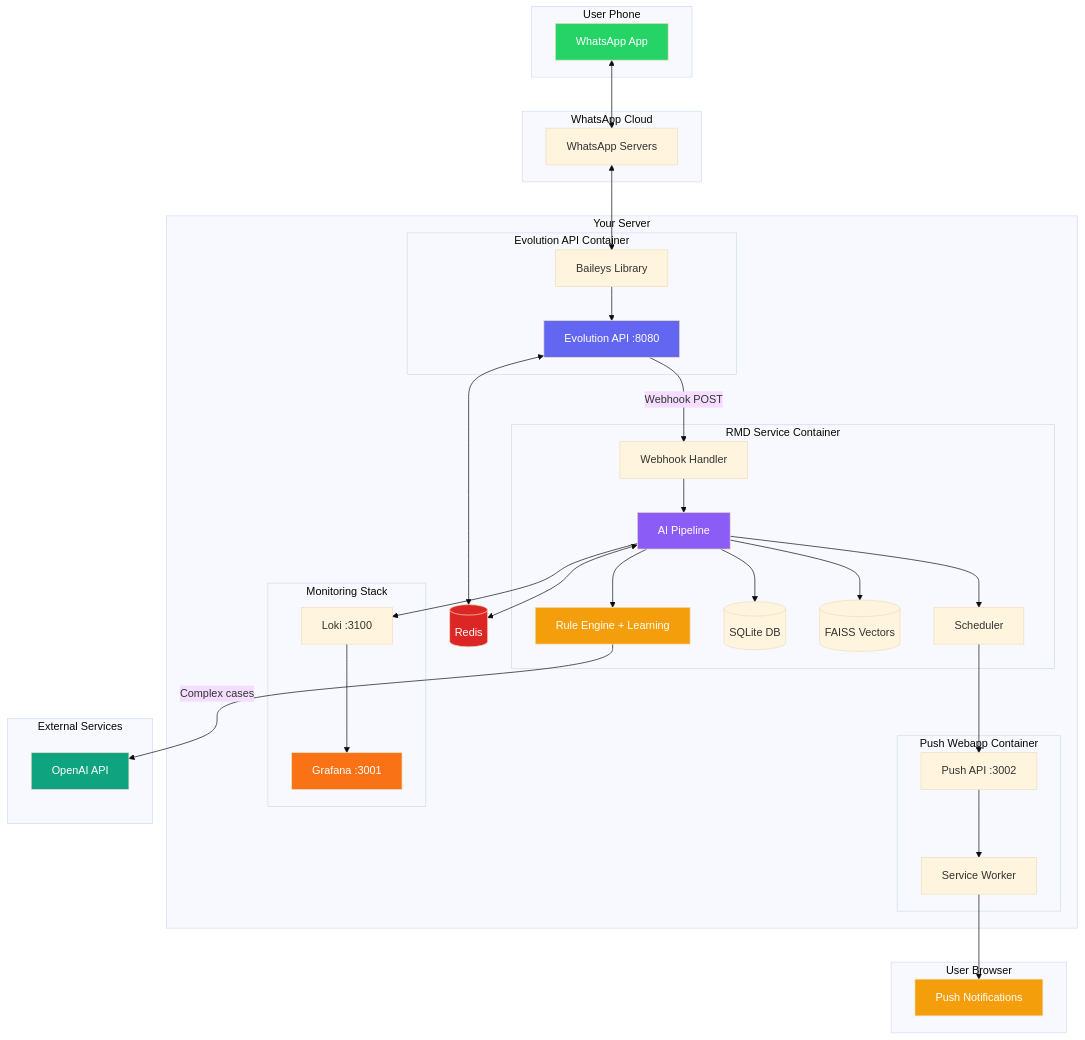
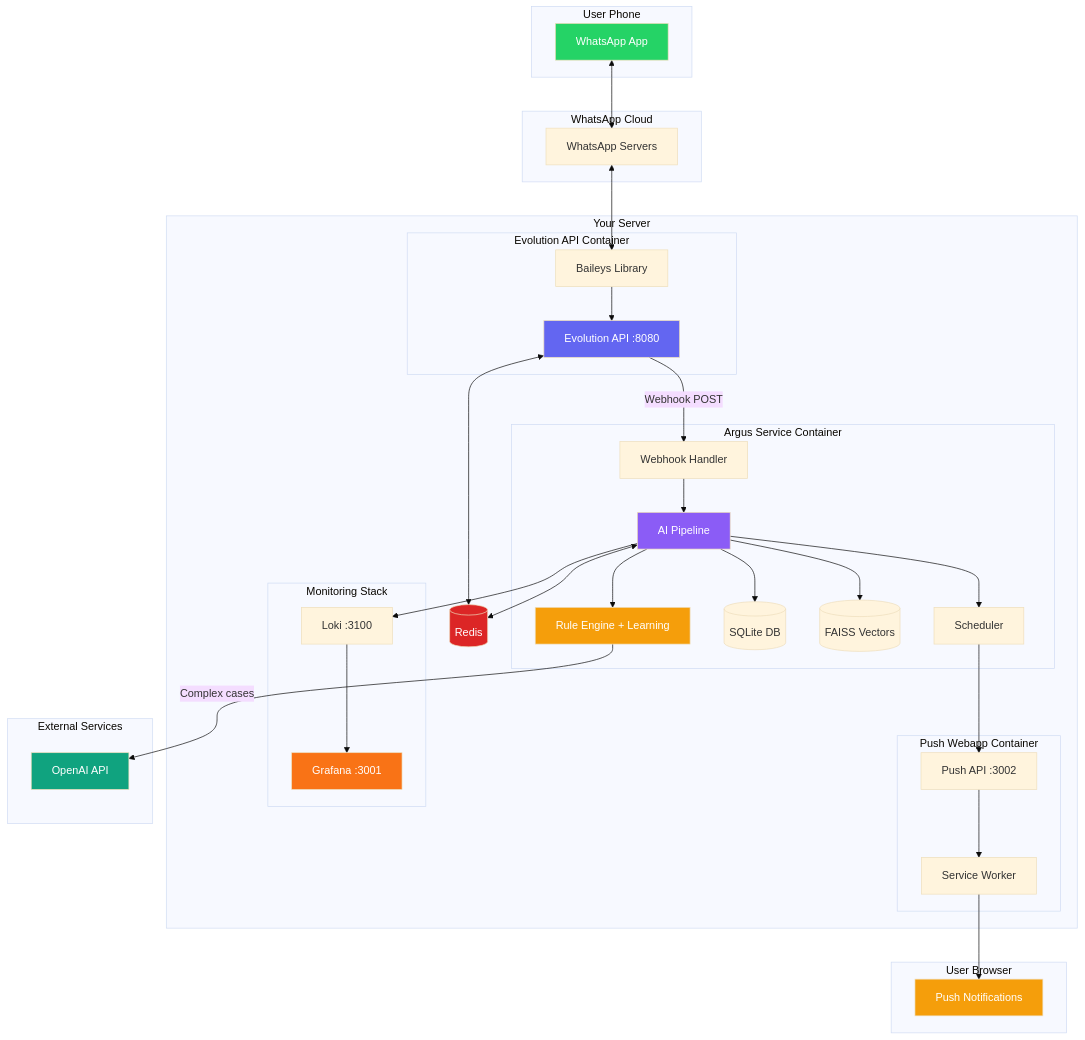
Before and after one commit to nityam2007/whatsapp-chat-rmd: the diagram in docs/diagrams/01-system-architecture.mmd, drawn with Mermaid. The commit also changed 15 other files, not shown here.

First line of the commit message:
feat: rebrand to Argus + export architecture diagrams

```diff
--- a/docs/diagrams/01-system-architecture.mmd
+++ b/docs/diagrams/01-system-architecture.mmd
@@ -1,81 +1,81 @@
 %%{init: {'theme': 'base'}}%%
 
 flowchart TB
     %% ============================================
     %% SYSTEM OVERVIEW - High Level Architecture
     %% ============================================
 
     subgraph PHONE["User Phone"]
         WA["WhatsApp App"]
     end
 
     subgraph CLOUD["WhatsApp Cloud"]
         SERVERS["WhatsApp Servers"]
     end
 
     subgraph SERVER["Your Server"]
         
         subgraph EVO_CONTAINER["Evolution API Container"]
             EVO["Evolution API :8080"]
             BAILEYS["Baileys Library"]
         end
 
-        subgraph RMD_CONTAINER["RMD Service Container"]
+        subgraph ARGUS_CONTAINER["Argus Service Container"]
             WEBHOOK["Webhook Handler"]
             PIPELINE["AI Pipeline"]
             RULE_ENGINE["Rule Engine + Learning"]
             DB[("SQLite DB")]
             VECTOR[("FAISS Vectors")]
             SCHEDULER["Scheduler"]
         end
 
         subgraph PUSH_CONTAINER["Push Webapp Container"]
             PUSH_API["Push API :3002"]
             SW["Service Worker"]
         end
 
         subgraph MONITOR["Monitoring Stack"]
             GRAFANA["Grafana :3001"]
             LOKI["Loki :3100"]
         end
 
         REDIS[("Redis")]
     end
 
     subgraph EXTERNAL["External Services"]
         OPENAI["OpenAI API"]
     end
 
     subgraph BROWSER["User Browser"]
         NOTIF["Push Notifications"]
     end
 
     %% Connections
     WA <--> SERVERS
     SERVERS <--> BAILEYS
     BAILEYS --> EVO
     EVO -->|"Webhook POST"| WEBHOOK
     WEBHOOK --> PIPELINE
     PIPELINE --> RULE_ENGINE
     RULE_ENGINE -->|"Complex cases"| OPENAI
     PIPELINE --> DB
     PIPELINE --> VECTOR
     PIPELINE --> SCHEDULER
     SCHEDULER --> PUSH_API
     PUSH_API --> SW
     SW --> NOTIF
     
     EVO <--> REDIS
     PIPELINE <--> REDIS
     PIPELINE --> LOKI
     LOKI --> GRAFANA
 
     %% Styling
     style WA fill:#25D366,color:#fff
     style EVO fill:#6366f1,color:#fff
     style PIPELINE fill:#8b5cf6,color:#fff
     style RULE_ENGINE fill:#f59e0b,color:#fff
     style OPENAI fill:#10a37f,color:#fff
     style NOTIF fill:#f59e0b,color:#fff
     style REDIS fill:#dc2626,color:#fff
     style GRAFANA fill:#f97316,color:#fff
```
